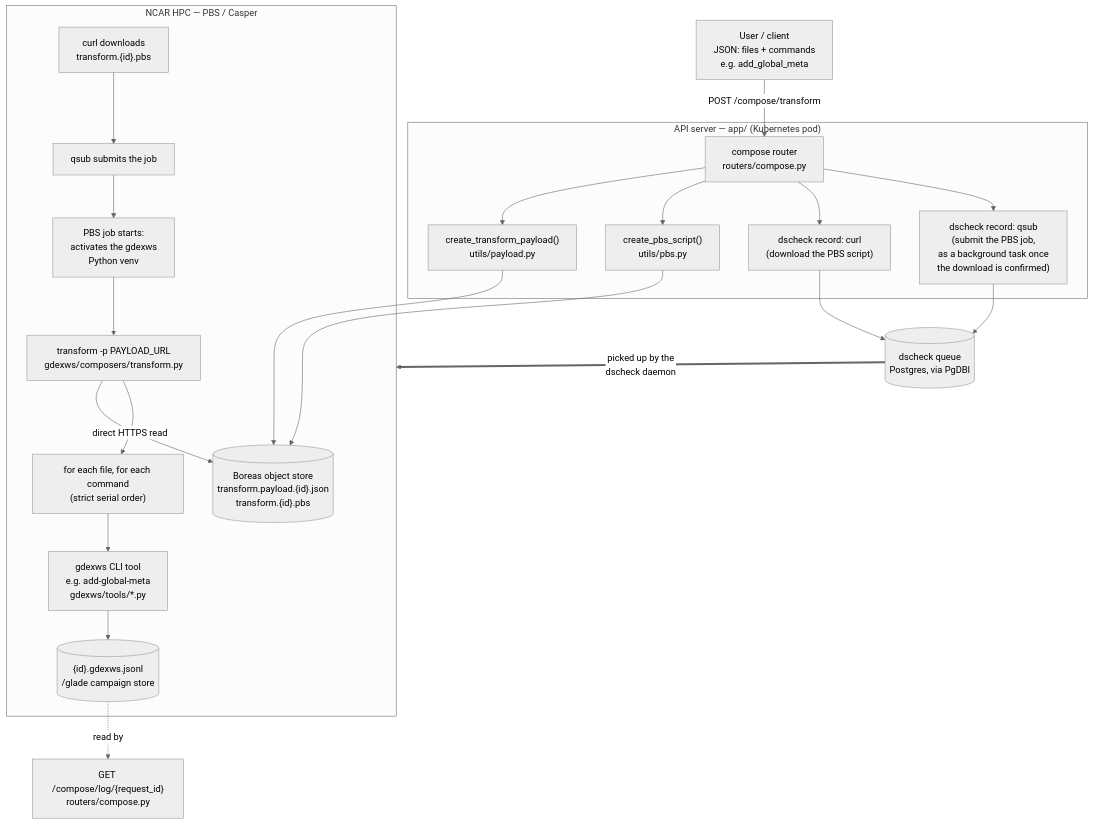
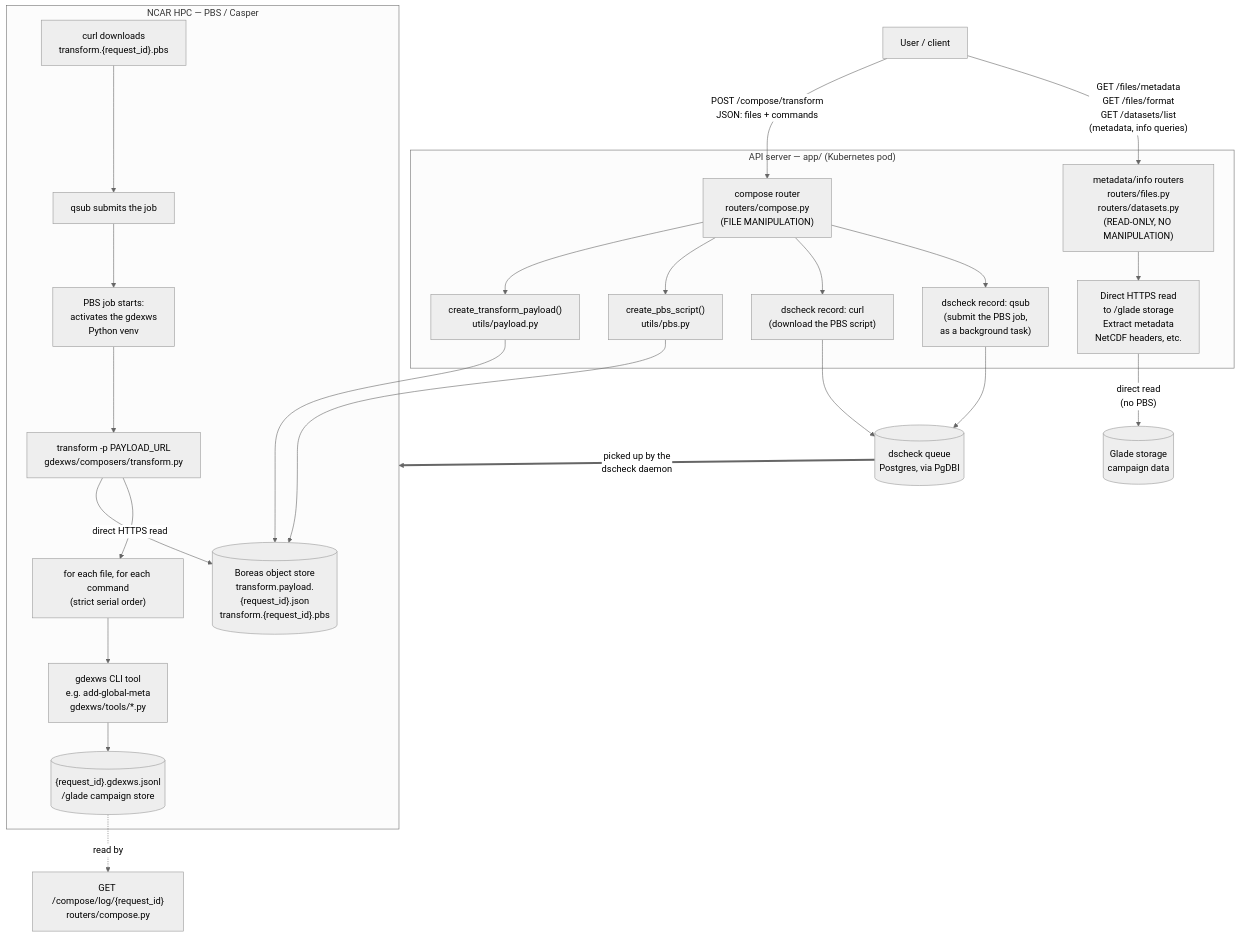
The diagram in ARCHITECTURE.md (NCAR/gdex-web-services), drawn with Mermaid (neutral theme) before and after one commit.

Commit message:
include other api service iin the chart

````diff
--- a/ARCHITECTURE.md
+++ b/ARCHITECTURE.md
@@ -11,32 +11,39 @@
 ```mermaid
 flowchart TD
-    U["User / client<br/>JSON: files + commands<br/>e.g. add_global_meta"] -->|"POST /compose/transform"| R
+    U["User / client"] -->|"POST /compose/transform<br/>JSON: files + commands"| R
+    U -->|"GET /files/metadata<br/>GET /files/format<br/>GET /datasets/list<br/>(metadata, info queries)"| META
 
     subgraph API["API server — app/ (Kubernetes pod)"]
-        R["compose router<br/>routers/compose.py"]
+        R["compose router<br/>routers/compose.py<br/>(FILE MANIPULATION)"]
+        META["metadata/info routers<br/>routers/files.py<br/>routers/datasets.py<br/>(READ-ONLY, NO MANIPULATION)"]
+        
         R --> PL["create_transform_payload()<br/>utils/payload.py"]
         R --> PB["create_pbs_script()<br/>utils/pbs.py"]
         R --> D1["dscheck record: curl<br/>(download the PBS script)"]
-        R --> D2["dscheck record: qsub<br/>(submit the PBS job,<br/>as a background task once<br/>the download is confirmed)"]
+        R --> D2["dscheck record: qsub<br/>(submit the PBS job,<br/>as a background task)"]
+        
+        META --> GLADE_READ["Direct HTTPS read<br/>to /glade storage<br/>Extract metadata<br/>NetCDF headers, etc."]
     end
 
-    PL --> BOREAS[("Boreas object store<br/>transform.payload.{id}.json<br/>transform.{id}.pbs")]
+    PL --> BOREAS[("Boreas object store<br/>transform.payload.{request_id}.json<br/>transform.{request_id}.pbs")]
     PB --> BOREAS
 
     D1 --> Q[("dscheck queue<br/>Postgres, via PgDBI")]
     D2 --> Q
 
     Q ==>|"picked up by the<br/>dscheck daemon"| HPC
 
+    GLADE_READ -->|"direct read<br/>(no PBS)"| GLADE[("Glade storage<br/>campaign data")]
+    
     subgraph HPC["NCAR HPC — PBS / Casper"]
-        C["curl downloads<br/>transform.{id}.pbs"] --> S["qsub submits the job"]
+        C["curl downloads<br/>transform.{request_id}.pbs"] --> S["qsub submits the job"]
         S --> J["PBS job starts:<br/>activates the gdexws<br/>Python venv"]
         J --> T["transform -p PAYLOAD_URL<br/>gdexws/composers/transform.py"]
         T -->|"direct HTTPS read"| BOREAS
         T --> LOOP["for each file, for each command<br/>(strict serial order)"]
         LOOP --> TOOL["gdexws CLI tool<br/>e.g. add-global-meta<br/>gdexws/tools/*.py"]
-        TOOL --> LOG[("{id}.gdexws.jsonl<br/>/glade campaign store")]
+        TOOL --> LOG[("{request_id}.gdexws.jsonl<br/>/glade campaign store")]
     end
 
     LOG -.->|"read by"| ST["GET /compose/log/{request_id}<br/>routers/compose.py"]
 ```
````
